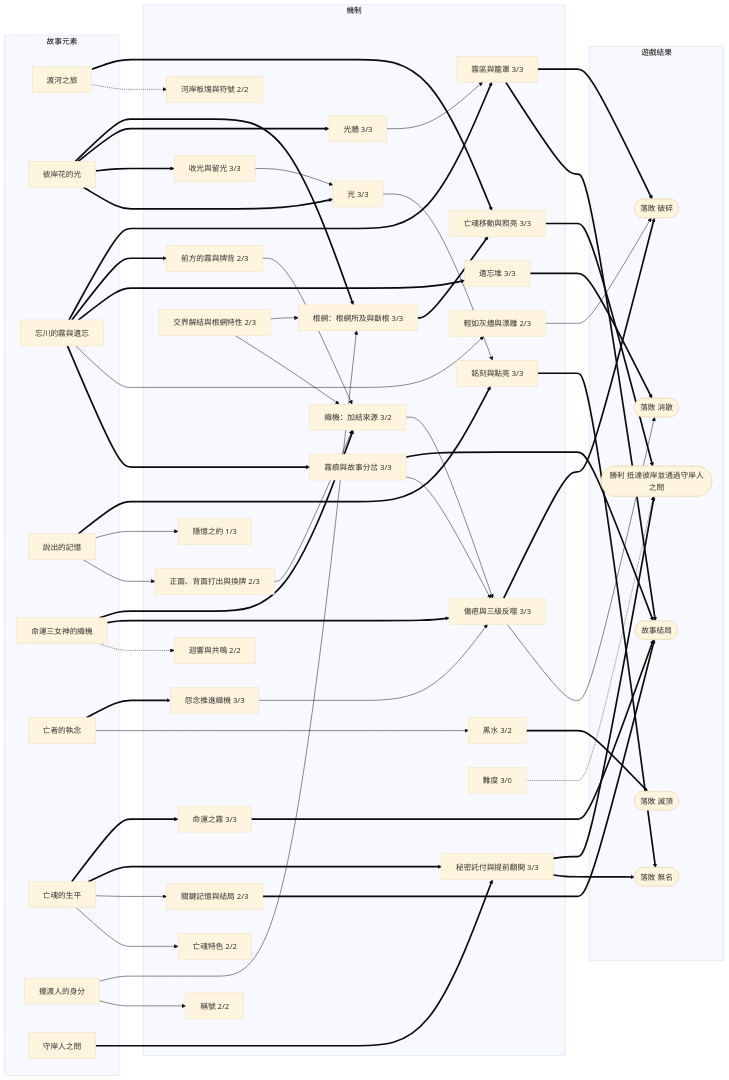
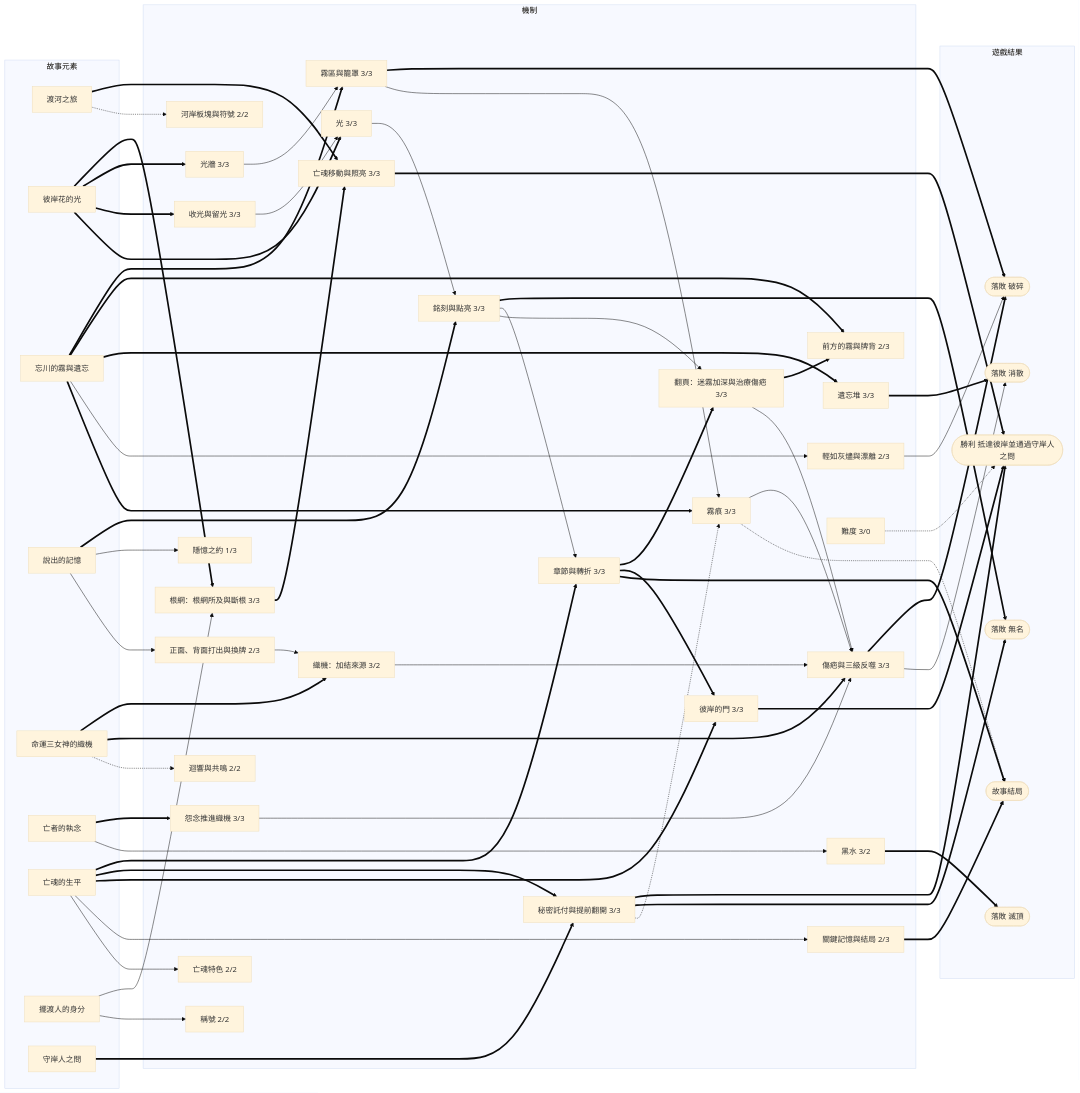
Before and after one commit to Ralph-Liu-Hub/Boardgame-Netherbloom: the second of 2 diagrams in docs/design/V5-proposal.zh-TW.md, drawn with Mermaid (base theme). The commit also changed other lines of this file and 1 other file, not shown here.

````diff
--- a/docs/design/V5-proposal.zh-TW.md
+++ b/docs/design/V5-proposal.zh-TW.md
@@ -415,13 +491,14 @@
     M17[光 3/3]
     M18[稱號 2/2]
     M19[銘刻與點亮 3/3]
-    M20[霧痕與故事分岔 3/3]
-    M21[命運之霧 3/3]
+    M20[霧痕 3/3]
+    M21[章節與轉折 3/3]
     M22[秘密託付與提前翻開 3/3]
-    M23[交界解結與根網特性 2/3]
-    M24[關鍵記憶與結局 2/3]
-    M25[亡魂特色 2/2]
-    M26[難度 3/0]
+    M23[翻頁：迷霧加深與治療傷疤 3/3]
+    M24[彼岸的門 3/3]
+    M25[關鍵記憶與結局 2/3]
+    M26[亡魂特色 2/2]
+    M27[難度 3/0]
   end
 
   subgraph O[遊戲結果]
@@ -454,16 +531,23 @@
   S4 --> M15
   S7 ==> M21
   S7 ==> M22
-  S7 --> M24
+  S7 ==> M24
   S7 --> M25
+  S7 --> M26
   S1 -.-> M8
   S9 ==> M22
   S8 --> M18
 
   M2 ==> M1
   M1 ==> O1
+  M24 ==> O1
+  M21 ==> M23
+  M21 ==> M24
+  M21 ==> O5
+  M23 ==> M11
+  M23 --> M10
   M5 ==> O3
-  M5 ==> O5
+  M5 --> M20
   M6 --> M10
   M10 ==> O3
   M10 --> O2
@@ -471,19 +555,18 @@
   M12 ==> O2
   M13 --> O3
   M19 ==> O6
+  M19 --> M21
+  M19 --> M23
   M22 ==> O1
   M22 ==> O6
-  M20 ==> O5
-  M21 ==> O5
-  M24 ==> O5
+  M22 -.-> M20
+  M20 --> M10
+  M20 -.-> O5
+  M25 ==> O5
   M17 --> M19
   M3 --> M5
   M4 --> M17
   M9 --> M10
-  M11 --> M9
   M15 --> M9
-  M20 --> M10
-  M23 --> M2
-  M23 --> M9
-  M26 -.-> O1
+  M27 -.-> O1
 ```
````
